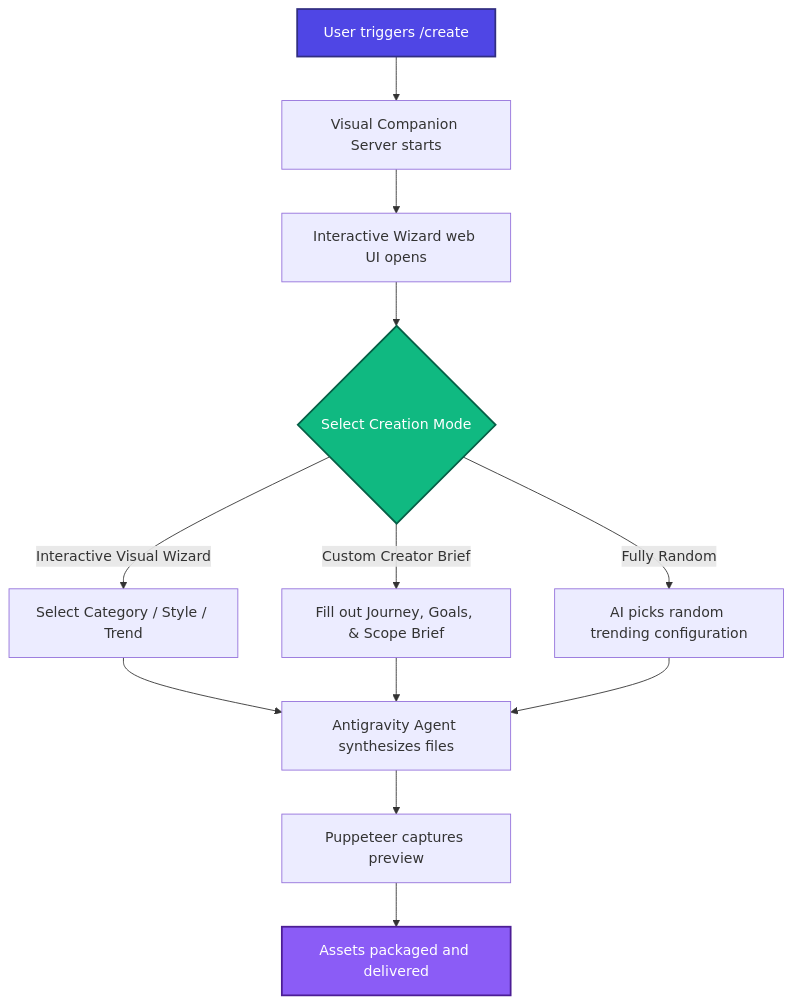
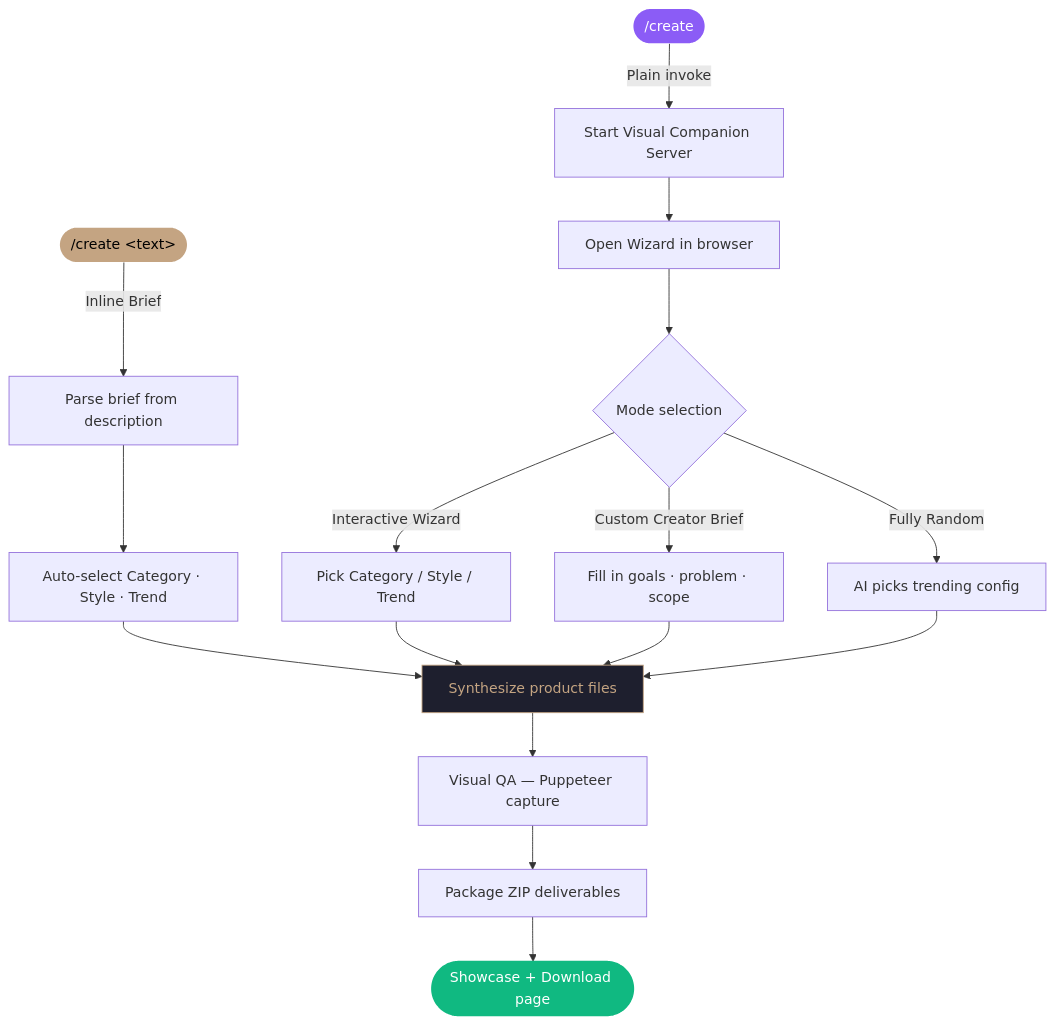
Before and after one commit to freyathenaa/create-skill: the diagram in README.md, drawn with Mermaid. The commit also changed other lines of this file, not shown here.

Commit message:
docs: overhaul README with premium branding, inline mode docs, and updated workflow

````diff
--- a/README.md
+++ b/README.md
@@ -21,18 +65,27 @@
 ```mermaid
-graph TD
-    A[User triggers /create] --> B[Visual Companion Server starts]
-    B --> C[Interactive Wizard web UI opens]
-    C --> D{Select Creation Mode}
-    D -->|Interactive Visual Wizard| E1[Select Category / Style / Trend]
-    D -->|Custom Creator Brief| E2[Fill out Journey, Goals, & Scope Brief]
-    D -->|Fully Random| E3[AI picks random trending configuration]
-    E1 --> F[Antigravity Agent synthesizes files]
-    E2 --> F
-    E3 --> F
-    F --> G[Puppeteer captures preview]
-    G --> H[Assets packaged and delivered]
-    
-    style A fill:#4F46E5,stroke:#312E81,stroke-width:2px,color:#fff
-    style D fill:#10B981,stroke:#065F46,stroke-width:2px,color:#fff
-    style H fill:#8B5CF6,stroke:#4C1D95,stroke-width:2px,color:#fff
+flowchart TD
+    A(["/create &lt;text&gt;"]) -->|Inline Brief| B[Parse brief from description]
+    A2(["/create"]) -->|Plain invoke| C[Start Visual Companion Server]
+
+    B --> D[Auto-select Category · Style · Trend]
+    C --> E[Open Wizard in browser]
+
+    E --> F{Mode selection}
+    F -->|Interactive Wizard| G[Pick Category / Style / Trend]
+    F -->|Custom Creator Brief| H[Fill in goals · problem · scope]
+    F -->|Fully Random| I[AI picks trending config]
+
+    D --> J
+    G --> J
+    H --> J
+    I --> J
+
+    J[Synthesize product files] --> K[Visual QA — Puppeteer capture]
+    K --> L[Package ZIP deliverables]
+    L --> M([Showcase + Download page])
+
+    style A fill:#c4a482,color:#000,stroke:none
+    style A2 fill:#8B5CF6,color:#fff,stroke:none
+    style M fill:#10B981,color:#fff,stroke:none
+    style J fill:#1e1f2e,color:#c4a482,stroke:#c4a482
 ```
````
